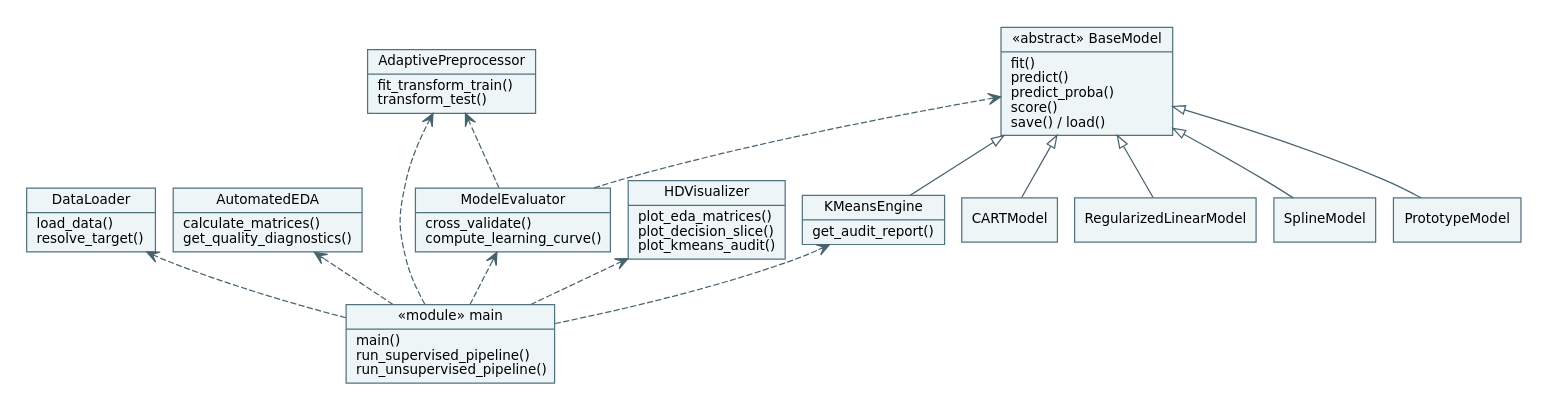
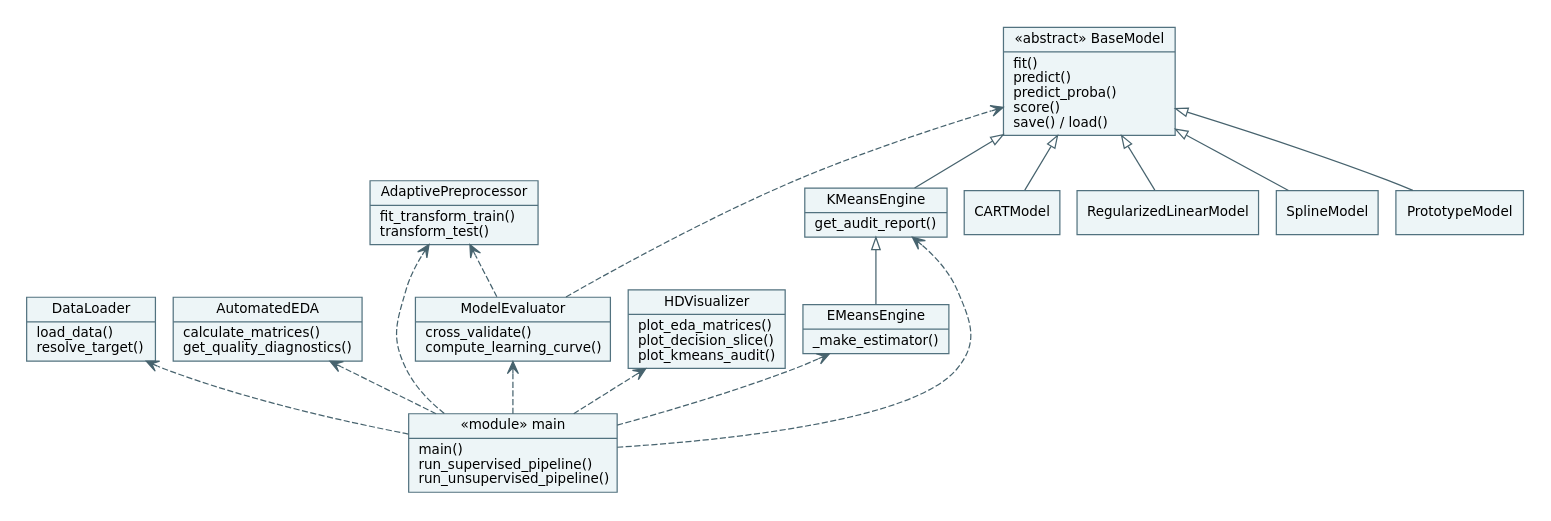
One commit to Pablosennc/ProyectoML changed the diagram in docs/clases.dot. Above: the diagram before and after it, drawn with Graphviz. The commit also changed 2 other files, not shown here.

```diff
--- a/docs/clases.dot
+++ b/docs/clases.dot
@@ -1,16 +1,18 @@
 digraph {
   graph [rankdir=BT, bgcolor="white", pad=".2", nodesep=".2", fontname="DejaVu Sans"];
   node [shape=record, style=filled, fillcolor="#edf5f7", color="#52727f", fontname="DejaVu Sans", fontsize=11];
   edge [color="#47636e", fontname="DejaVu Sans", fontsize=9];
   BaseModel [label="{«abstract» BaseModel|fit()\lpredict()\lpredict_proba()\lscore()\lsave() / load()\l}"];
   DataLoader [label="{DataLoader|load_data()\lresolve_target()\l}"];
   AutomatedEDA [label="{AutomatedEDA|calculate_matrices()\lget_quality_diagnostics()\l}"];
   AdaptivePreprocessor [label="{AdaptivePreprocessor|fit_transform_train()\ltransform_test()\l}"];
   ModelEvaluator [label="{ModelEvaluator|cross_validate()\lcompute_learning_curve()\l}"];
   HDVisualizer [label="{HDVisualizer|plot_eda_matrices()\lplot_decision_slice()\lplot_kmeans_audit()\l}"];
   CLI [label="{«module» main|main()\lrun_supervised_pipeline()\lrun_unsupervised_pipeline()\l}"];
+  EMeansEngine [label="{EMeansEngine|_make_estimator()\l}"];
   KMeansEngine [label="{KMeansEngine|get_audit_report()\l}"];
   {CARTModel RegularizedLinearModel SplineModel PrototypeModel KMeansEngine} -> BaseModel [arrowhead=empty];
-  CLI -> {DataLoader AutomatedEDA AdaptivePreprocessor ModelEvaluator HDVisualizer KMeansEngine} [style=dashed, arrowhead=open];
+  EMeansEngine -> KMeansEngine [arrowhead=empty];
+  CLI -> {DataLoader AutomatedEDA AdaptivePreprocessor ModelEvaluator HDVisualizer KMeansEngine EMeansEngine} [style=dashed, arrowhead=open];
   ModelEvaluator -> {AdaptivePreprocessor BaseModel} [style=dashed, arrowhead=open];
 }
```
